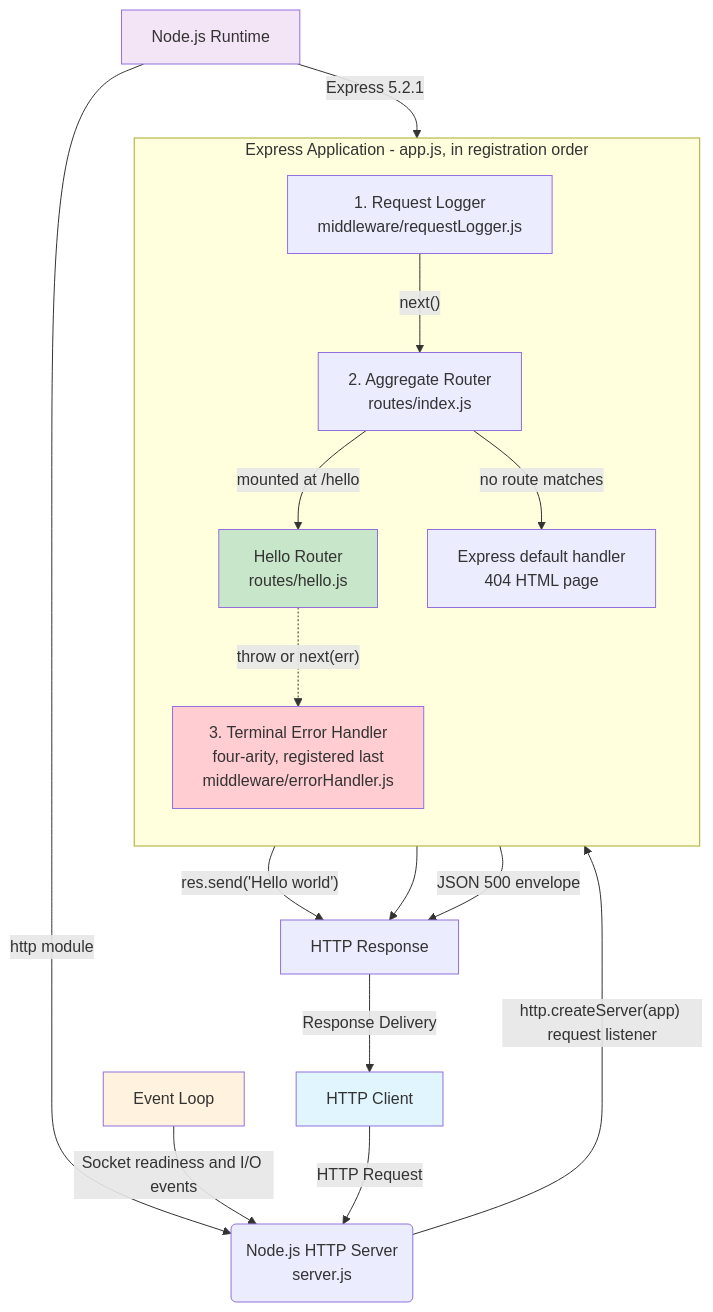
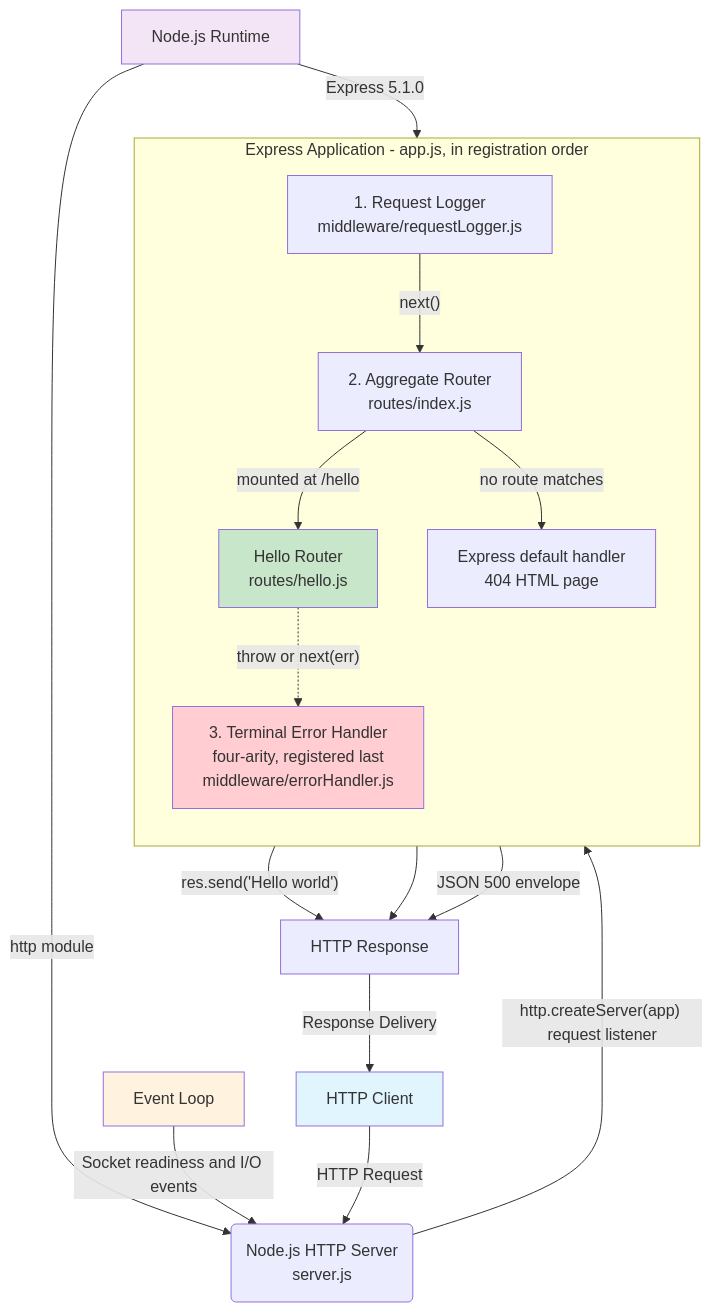
One commit to blitzytest02/AlreadyExisting changed the first of 2 diagrams in docs/architecture/overview.md. Above: the diagram before and after it, drawn with Mermaid. The commit also changed other lines of this file and 13 other files, not shown here.

````diff
--- a/docs/architecture/overview.md
+++ b/docs/architecture/overview.md
@@ -27,33 +27,33 @@
 ```mermaid
 graph TD
     A[HTTP Client] -->|HTTP Request| B("Node.js HTTP Server<br/>server.js")
 
     subgraph App["Express Application - app.js, in registration order"]
         direction TB
         L["1. Request Logger<br/>middleware/requestLogger.js"]
         D["2. Aggregate Router<br/>routes/index.js"]
         E["Hello Router<br/>routes/hello.js"]
         NF["Express default handler<br/>404 HTML page"]
         H["3. Terminal Error Handler<br/>four-arity, registered last<br/>middleware/errorHandler.js"]
         L -->|"next()"| D
         D -->|"mounted at /hello"| E
         D -->|"no route matches"| NF
         E -.->|"throw or next(err)"| H
     end
 
     B -->|"http.createServer(app) request listener"| L
     E -->|"res.send('Hello world')"| RES["HTTP Response"]
     NF --> RES
     H -->|"JSON 500 envelope"| RES
     RES -->|Response Delivery| A
 
     F[Event Loop] -->|"Socket readiness and I/O events"| B
     G[Node.js Runtime] -->|"http module"| B
-    G -->|"Express 5.2.1"| App
+    G -->|"Express 5.1.0"| App
 
     style A fill:#e1f5fe
     style E fill:#c8e6c9
     style F fill:#fff3e0
     style G fill:#f3e5f5
     style H fill:#ffcdd2
 ```
````
